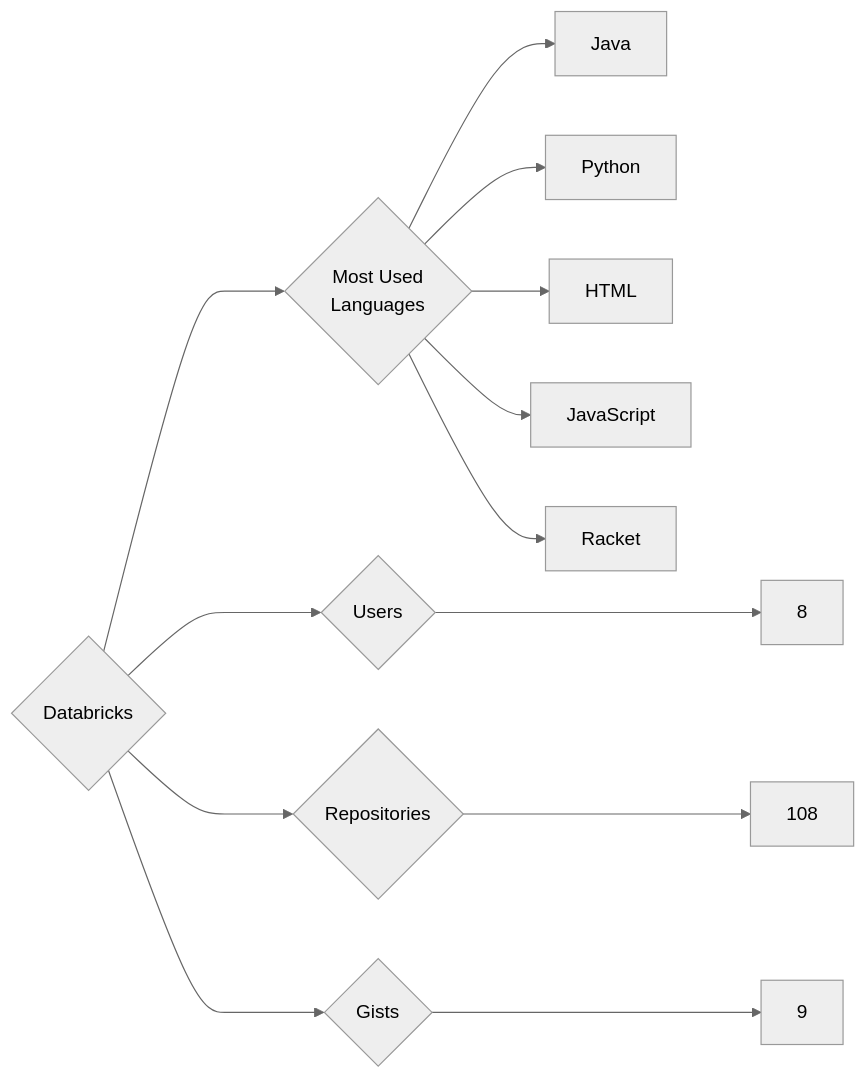
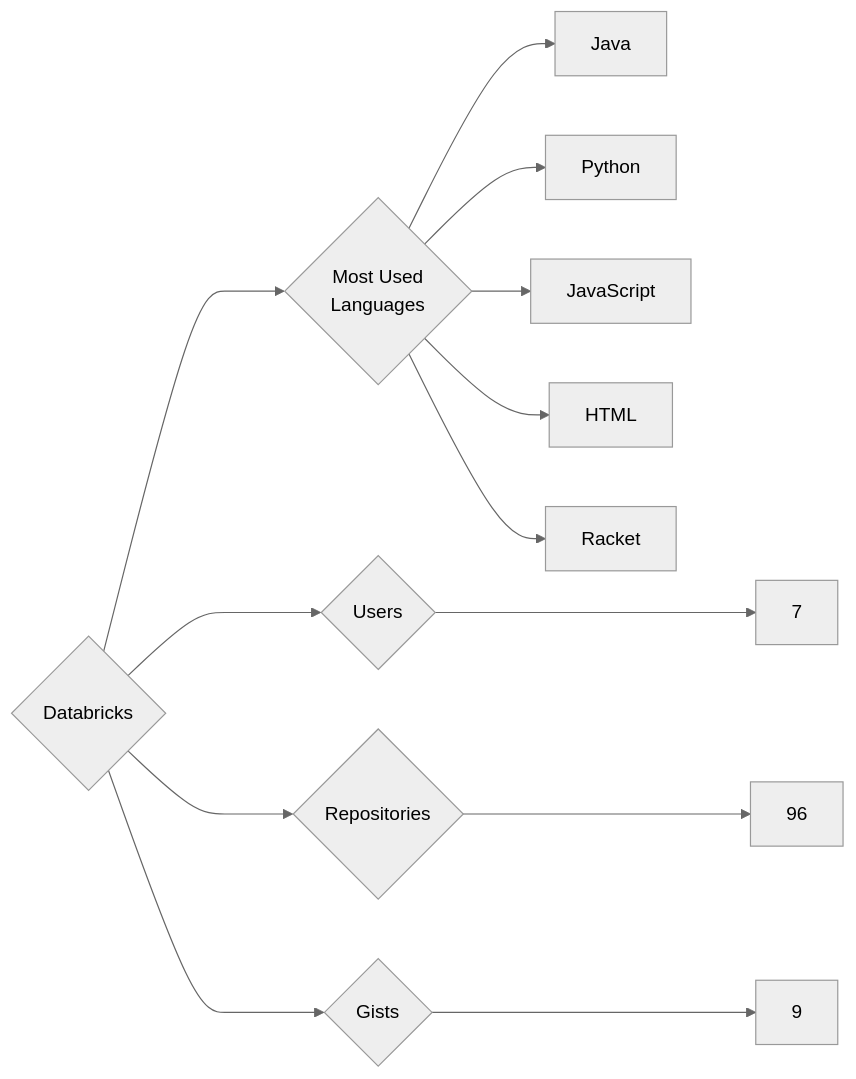
The diagram in targets/Databricks/README.md (trickest/insiders), drawn with Mermaid (neutral theme) before and after one commit. The commit also changed 1175 other files, not shown here.

````diff
--- a/targets/Databricks/README.md
+++ b/targets/Databricks/README.md
@@ -3,13 +3,13 @@
 ```mermaid
 graph LR
 COMPANY_NAME{Databricks}
-COMPANY_NAME ---> U{Users} ---> UN[8]
-COMPANY_NAME ---> R{Repositories} ---> RN[108]
+COMPANY_NAME ---> U{Users} ---> UN[7]
+COMPANY_NAME ---> R{Repositories} ---> RN[96]
 COMPANY_NAME ---> G{Gists} ---> GN[9]
 COMPANY_NAME ---> ML{Most Used<br>Languages}
 ML --> Java[Java]
 ML --> Python[Python]
+ML --> JavaScript[JavaScript]
 ML --> HTML[HTML]
-ML --> JavaScript[JavaScript]
 ML --> Racket[Racket]
 ```
````
